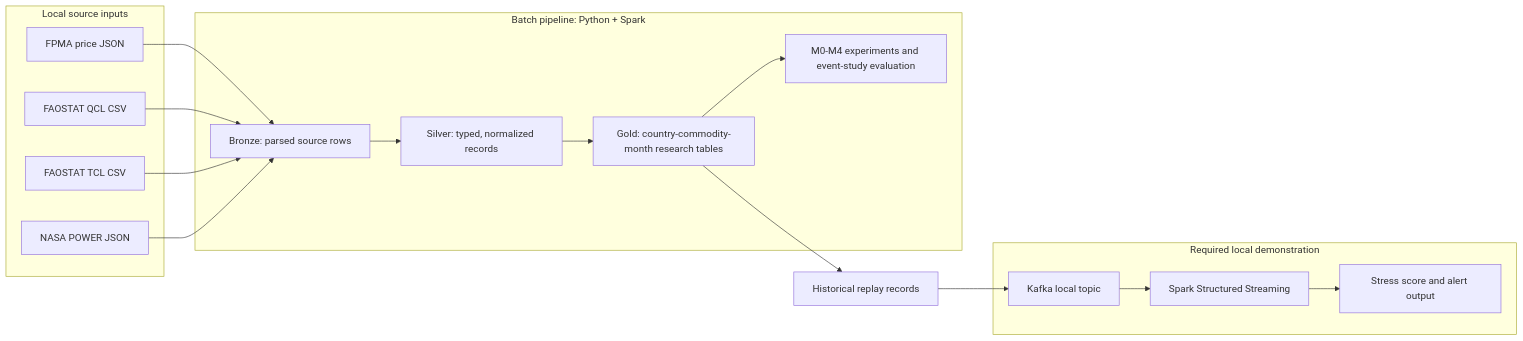
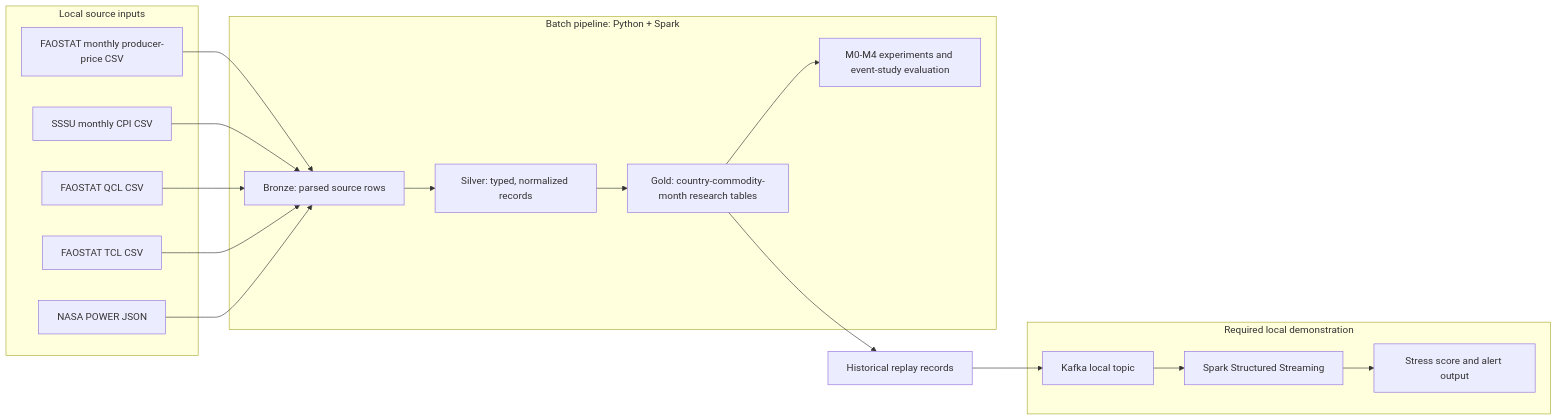
One commit to bharathkuma1/FoodShield changed the diagram in docs/ARCHITECTURE.md. Above: the diagram before and after it, drawn with Mermaid. The commit also changed other lines of this file and 14 other files, not shown here.

````diff
--- a/docs/ARCHITECTURE.md
+++ b/docs/ARCHITECTURE.md
@@ -20,27 +20,29 @@
 ```mermaid
 flowchart LR
   subgraph Sources[Local source inputs]
-    P[FPMA price JSON]
+    P[FAOSTAT monthly producer-price CSV]
+    C[SSSU monthly CPI CSV]
     Q[FAOSTAT QCL CSV]
     T[FAOSTAT TCL CSV]
     W[NASA POWER JSON]
   end
   subgraph Batch[Batch pipeline: Python + Spark]
     B[Bronze: parsed source rows]
     S[Silver: typed, normalized records]
     G[Gold: country-commodity-month research tables]
     E[M0-M4 experiments and event-study evaluation]
   end
   P --> B
+  C --> B
   Q --> B
   T --> B
   W --> B
   B --> S --> G --> E
   G --> R[Historical replay records]
   subgraph Replay[Required local demonstration]
     K[Kafka local topic]
     SS[Spark Structured Streaming]
     A[Stress score and alert output]
   end
   R --> K --> SS --> A
 ```
````
